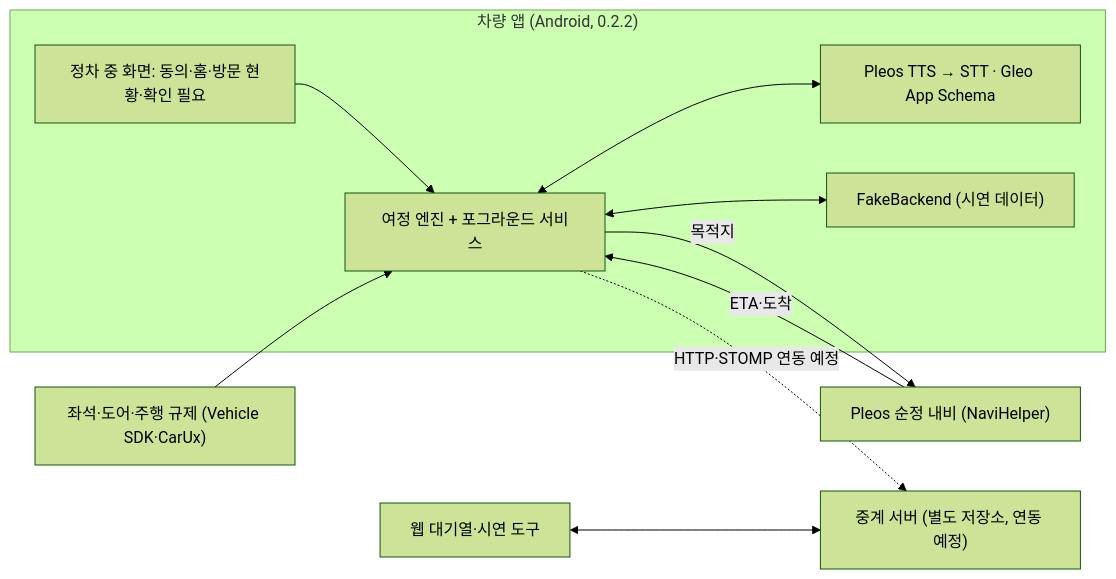
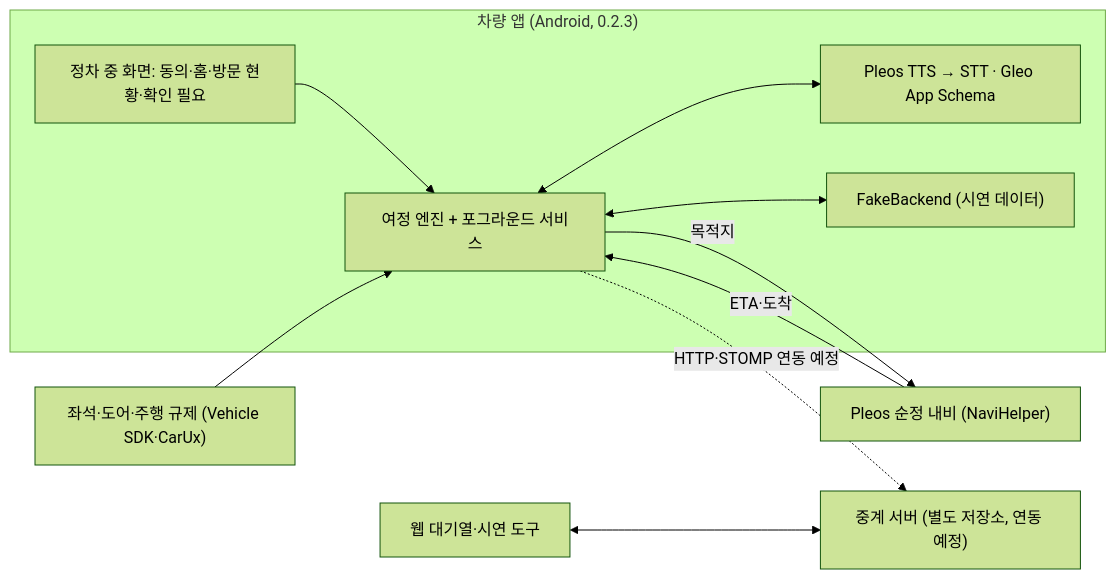
The diagram in README.md (smartjourney-pleos/smart-journey-main), drawn with Mermaid (forest theme) before and after one commit. The commit also changed other lines of this file and 6 other files, not shown here.

````diff
--- a/README.md
+++ b/README.md
@@ -92,19 +132,19 @@
 ```mermaid
 flowchart LR
-  subgraph CAR["차량 앱 (Android, 0.2.2)"]
+  subgraph CAR["차량 앱 (Android, 0.2.3)"]
     UI["정차 중 화면: 동의·홈·방문 현황·확인 필요"]
     ENGINE["여정 엔진 + 포그라운드 서비스"]
     VOICE["Pleos TTS → STT · Gleo App Schema"]
     FAKE["FakeBackend (시연 데이터)"]
     UI --> ENGINE
     ENGINE <--> VOICE
     ENGINE <--> FAKE
   end
   NAVI["Pleos 순정 내비 (NaviHelper)"] -->|"ETA·도착"| ENGINE
   ENGINE -->|"목적지"| NAVI
   VEH["좌석·도어·주행 규제 (Vehicle SDK·CarUx)"] --> ENGINE
   SERVER["중계 서버 (별도 저장소, 연동 예정)"]
   WEB["웹 대기열·시연 도구"]
   ENGINE -. "HTTP·STOMP 연동 예정" .-> SERVER
   WEB <--> SERVER
 ```
````
